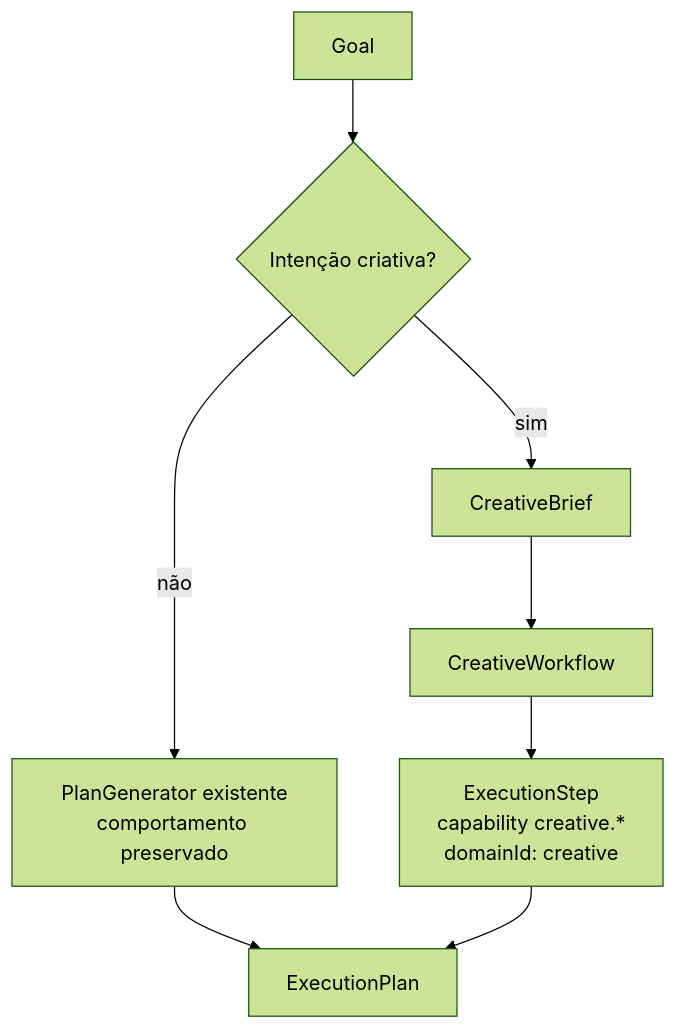
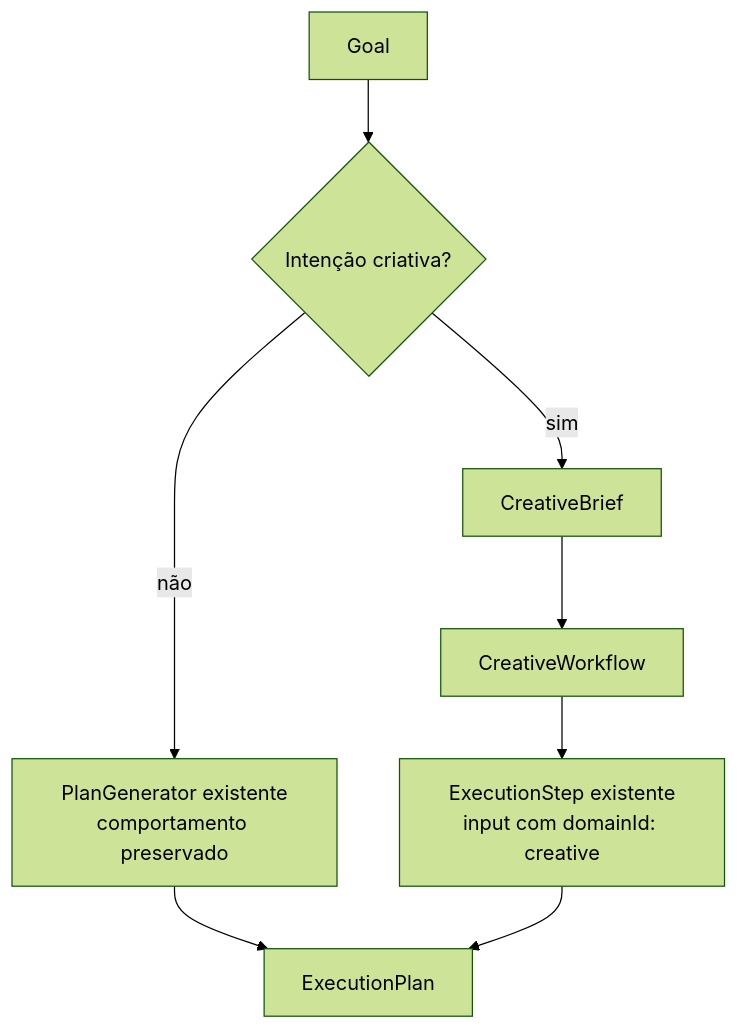
One commit to eltonjr13/kaoz.1 changed the third of 4 diagrams in docs/CREATIVE_DOMAIN.md. Above: the diagram before and after it, drawn with Mermaid (forest theme). The commit also changed other lines of this file and 1 other file, not shown here.

Commit message:
docs: add architectural documentation for CreativeDomain and update multiagent runtime specifications

````diff
--- a/docs/CREATIVE_DOMAIN.md
+++ b/docs/CREATIVE_DOMAIN.md
@@ -75,18 +75,18 @@
 ```mermaid
 flowchart TD
     G["Goal"]
     C{"Intenção criativa?"}
     OLD["PlanGenerator existente<br/>comportamento preservado"]
     BRIEF["CreativeBrief"]
     WF["CreativeWorkflow"]
-    STEP["ExecutionStep<br/>capability creative.*<br/>domainId: creative"]
+    STEP["ExecutionStep existente<br/>input com domainId: creative"]
     PLAN["ExecutionPlan"]
 
     G --> C
     C -->|"não"| OLD
     OLD --> PLAN
     C -->|"sim"| BRIEF
     BRIEF --> WF
     WF --> STEP
     STEP --> PLAN
 ```
````
